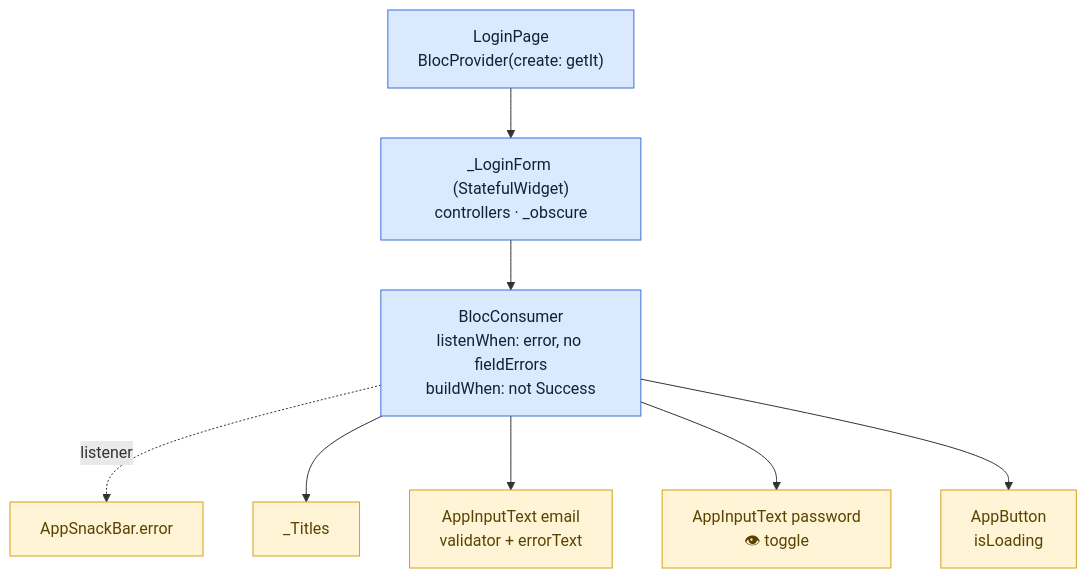
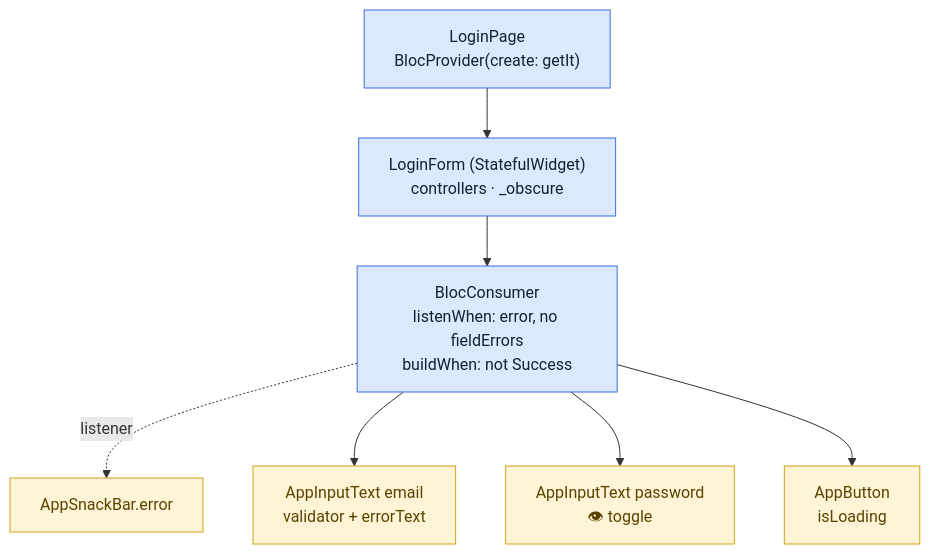
Before and after one commit to krouchvanyda/erp_flutter_claude: diagram 11 of 12 in docs/learning/REBUILD/07-login.md, drawn with Mermaid. The commit also changed other lines of this file and 10 other files, not shown here.

Commit message:
feat(auth): refactor login page structure into smaller widgets and improve layout responsiveness

````diff
--- a/docs/learning/REBUILD/07-login.md
+++ b/docs/learning/REBUILD/07-login.md
@@ -565,15 +589,14 @@
 ```mermaid
 flowchart TD
-    LP["LoginPage<br/>BlocProvider(create: getIt)"] --> LF["_LoginForm (StatefulWidget)<br/>controllers · _obscure"]
+    LP["LoginPage<br/>BlocProvider(create: getIt)"] --> LF["LoginForm (StatefulWidget)<br/>controllers · _obscure"]
     LF --> BB["BlocConsumer<br/>listenWhen: error, no fieldErrors<br/>buildWhen: not Success"]
     BB -.->|"listener"| SNACK["AppSnackBar.error"]
-    BB --> H["_Titles"]
     BB --> E["AppInputText email<br/>validator + errorText"]
     BB --> P["AppInputText password<br/>👁 toggle"]
     BB --> BTN["AppButton<br/>isLoading"]
 
     classDef app fill:#dbe9ff,stroke:#3b6fd8,color:#123
     classDef feat fill:#fff4d6,stroke:#d4a017,color:#5a4300
     class LP,LF,BB app
     class H,E,P,BTN,SNACK feat
 ```
````
